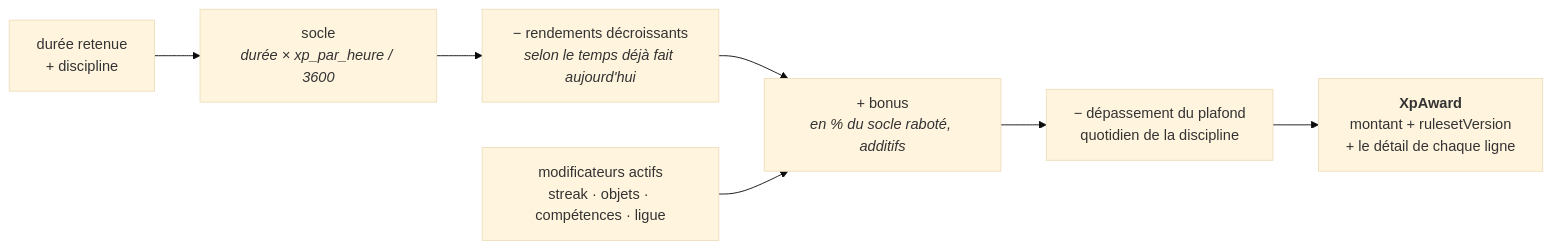
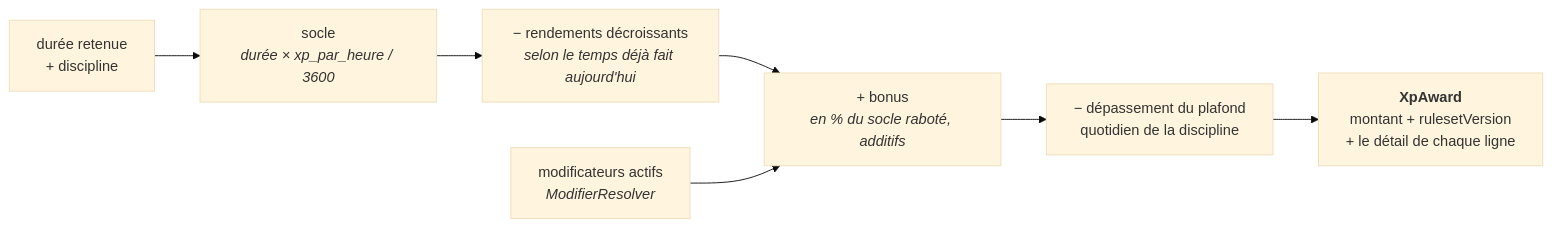
The seventh of 11 diagrams in ARCHITECTURE.md (younesdiouri/grrind-back), drawn with Mermaid (base theme) before and after one commit. The commit also changed other lines of this file and 12 other files, not shown here.

First line of the commit message:
feat(shared): ModifierResolver, l'unique point d'agrégation des bonus

````diff
--- a/ARCHITECTURE.md
+++ b/ARCHITECTURE.md
@@ -194,9 +229,9 @@
 ```mermaid
 flowchart LR
     d["durée retenue<br/>+ discipline"] --> base["socle<br/><i>durée × xp_par_heure / 3600</i>"]
     base --> dim["− rendements décroissants<br/><i>selon le temps déjà fait aujourd'hui</i>"]
     dim --> bonus["+ bonus<br/><i>en % du socle raboté, additifs</i>"]
-    mods["modificateurs actifs<br/>streak · objets · compétences · ligue"] --> bonus
+    mods["modificateurs actifs<br/><i>ModifierResolver</i>"] --> bonus
     bonus --> cap["− dépassement du plafond<br/>quotidien de la discipline"]
     cap --> out["<b>XpAward</b><br/>montant + rulesetVersion<br/>+ le détail de chaque ligne"]
 ```
````
